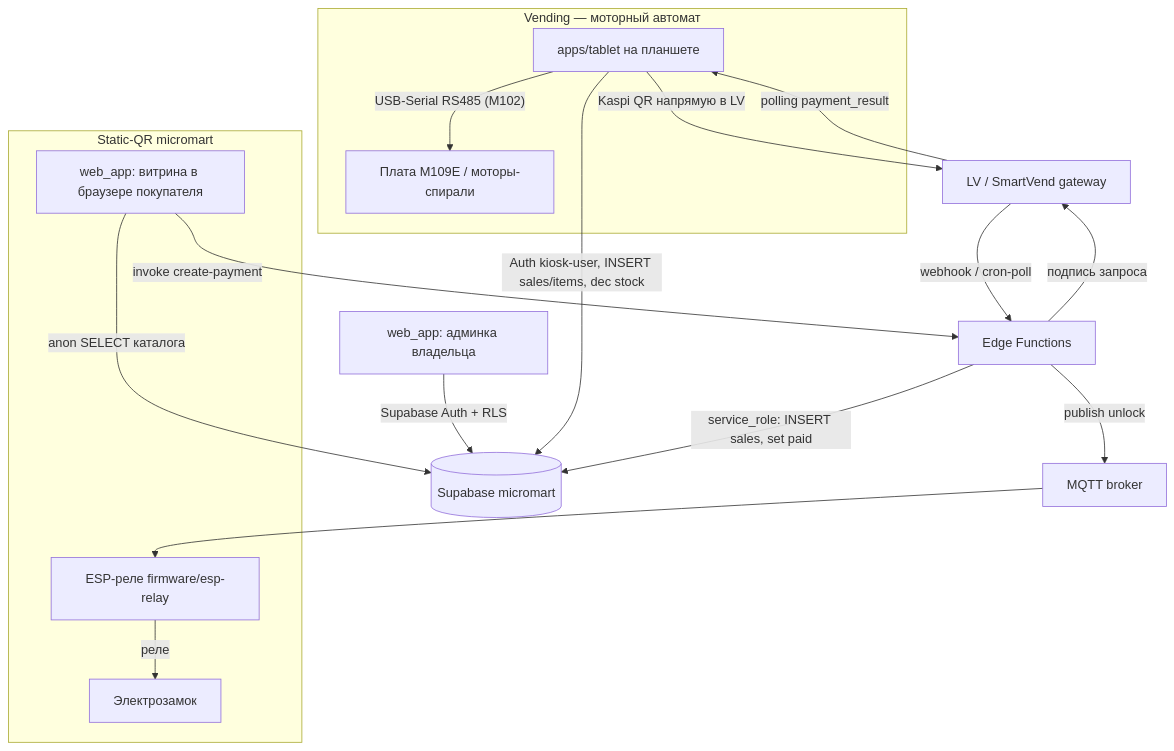
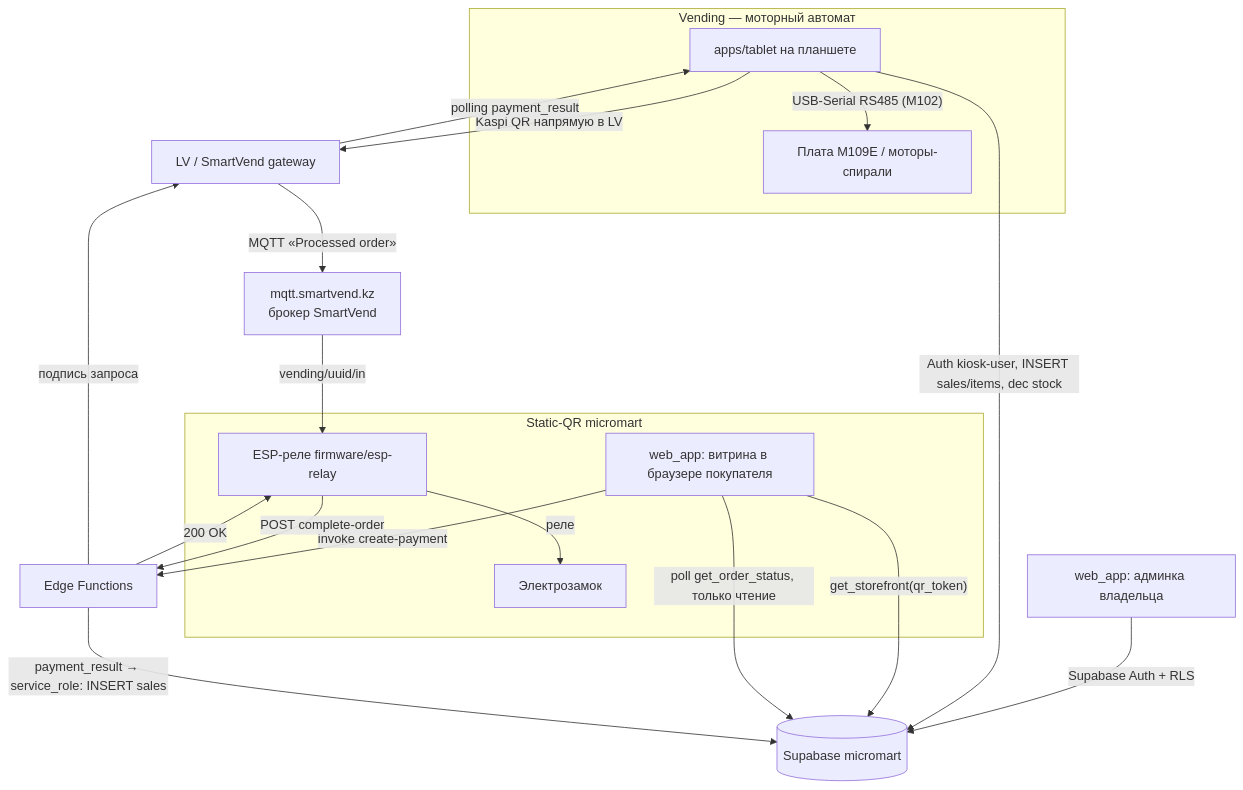
One commit to Samat1989/smartvend-tablet changed the diagram in docs/system_architecture.md. Above: the diagram before and after it, drawn with Mermaid. The commit also changed other lines of this file and 6 other files, not shown here.

````diff
--- a/docs/system_architecture.md
+++ b/docs/system_architecture.md
@@ -68,27 +68,29 @@
 ```mermaid
 graph TD
     Owner[web_app: админка владельца] -- "Supabase Auth + RLS" --> DB[(Supabase micromart)]
 
     subgraph Vending[Vending — моторный автомат]
         Tablet[apps/tablet на планшете]
         M109E[Плата M109E / моторы-спирали]
         Tablet -- "USB-Serial RS485 (M102)" --> M109E
     end
     Tablet -- "Kaspi QR напрямую в LV" --> LV[LV / SmartVend gateway]
     LV -- "polling payment_result" --> Tablet
     Tablet -- "Auth kiosk-user, INSERT sales/items, dec stock" --> DB
 
     subgraph StaticQR[Static-QR micromart]
         Phone[web_app: витрина в браузере покупателя]
         ESP[ESP-реле firmware/esp-relay]
         Lock[Электрозамок]
         ESP -- "реле" --> Lock
     end
-    Phone -- "anon SELECT каталога" --> DB
+    Phone -- "get_storefront(qr_token)" --> DB
     Phone -- "invoke create-payment" --> Edge[Edge Functions]
     Edge -- "подпись запроса" --> LV
-    LV -- "webhook / cron-poll" --> Edge
-    Edge -- "service_role: INSERT sales, set paid" --> DB
-    Edge -- "publish unlock" --> MQTT[MQTT broker]
-    MQTT --> ESP
+    Phone -- "poll get_order_status, только чтение" --> DB
+    LV -- "MQTT «Processed order»" --> MQTT[mqtt.smartvend.kz<br/>брокер SmartVend]
+    MQTT -- "vending/uuid/in" --> ESP
+    ESP -- "POST complete-order" --> Edge
+    Edge -- "payment_result → service_role: INSERT sales" --> DB
+    Edge -- "200 OK" --> ESP
 ```
````
